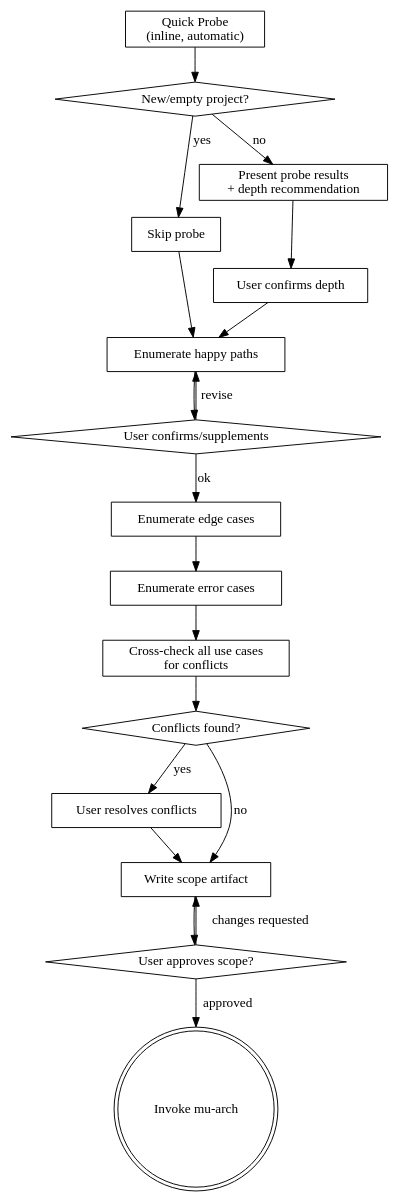
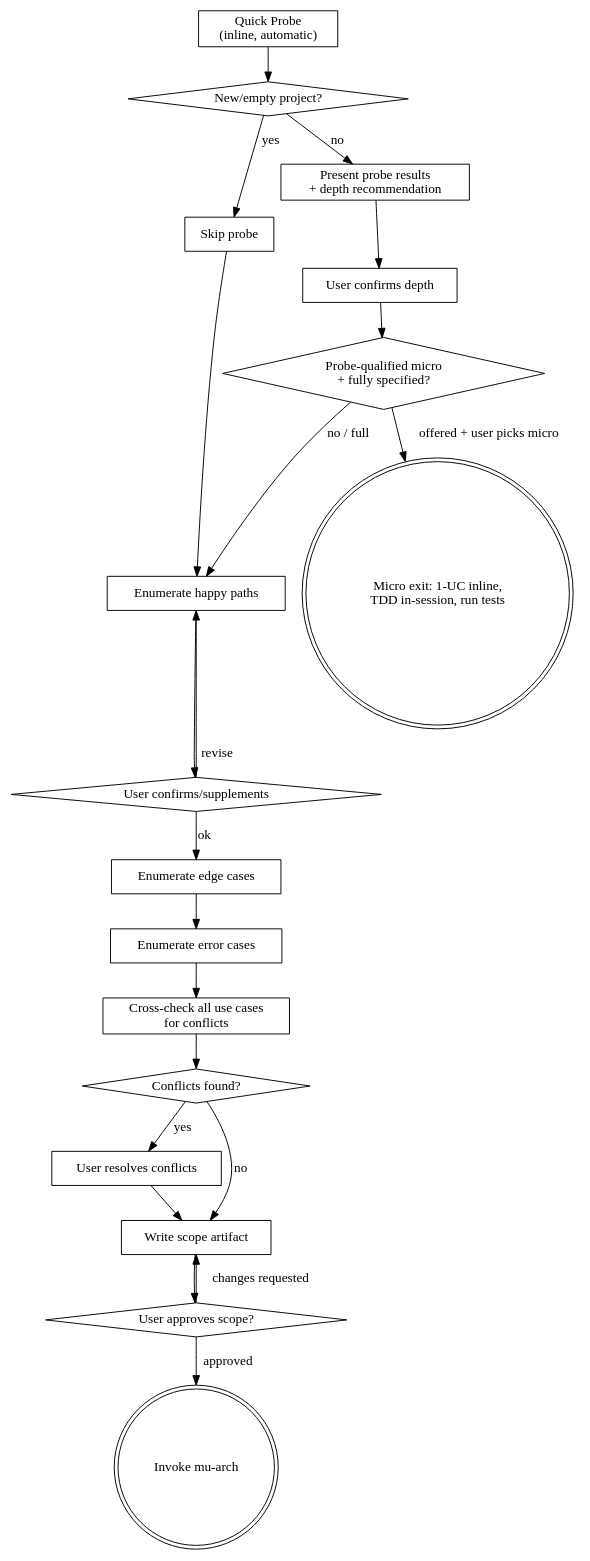
One commit to knotmark-ai/devmuse changed the diagram in skills/mu-scope/SKILL.md. Above: the diagram before and after it, drawn with Graphviz. The commit also changed other lines of this file, not shown here.

````diff
--- a/skills/mu-scope/SKILL.md
+++ b/skills/mu-scope/SKILL.md
@@ -33,38 +33,42 @@
 ```dot
 digraph mu_scope {
     "Quick Probe\n(inline, automatic)" [shape=box];
     "New/empty project?" [shape=diamond];
     "Skip probe" [shape=box];
     "Present probe results\n+ depth recommendation" [shape=box];
     "User confirms depth" [shape=box];
     "Enumerate happy paths" [shape=box];
     "User confirms/supplements" [shape=diamond];
     "Enumerate edge cases" [shape=box];
     "Enumerate error cases" [shape=box];
     "Cross-check all use cases\nfor conflicts" [shape=box];
     "Conflicts found?" [shape=diamond];
     "User resolves conflicts" [shape=box];
     "Write scope artifact" [shape=box];
     "User approves scope?" [shape=diamond];
     "Invoke mu-arch" [shape=doublecircle];
 
     "Quick Probe\n(inline, automatic)" -> "New/empty project?";
     "New/empty project?" -> "Skip probe" [label="yes"];
     "New/empty project?" -> "Present probe results\n+ depth recommendation" [label="no"];
     "Skip probe" -> "Enumerate happy paths";
     "Present probe results\n+ depth recommendation" -> "User confirms depth";
-    "User confirms depth" -> "Enumerate happy paths";
+    "User confirms depth" -> "Probe-qualified micro\n+ fully specified?" ;
+    "Probe-qualified micro\n+ fully specified?" [shape=diamond];
+    "Micro exit: 1-UC inline,\nTDD in-session, run tests" [shape=doublecircle];
+    "Probe-qualified micro\n+ fully specified?" -> "Micro exit: 1-UC inline,\nTDD in-session, run tests" [label="offered + user picks micro"];
+    "Probe-qualified micro\n+ fully specified?" -> "Enumerate happy paths" [label="no / full"];
     "Enumerate happy paths" -> "User confirms/supplements";
     "User confirms/supplements" -> "Enumerate edge cases" [label="ok"];
     "User confirms/supplements" -> "Enumerate happy paths" [label="revise"];
     "Enumerate edge cases" -> "Enumerate error cases";
     "Enumerate error cases" -> "Cross-check all use cases\nfor conflicts";
     "Cross-check all use cases\nfor conflicts" -> "Conflicts found?";
     "Conflicts found?" -> "User resolves conflicts" [label="yes"];
     "Conflicts found?" -> "Write scope artifact" [label="no"];
     "User resolves conflicts" -> "Write scope artifact";
     "Write scope artifact" -> "User approves scope?";
     "User approves scope?" -> "Write scope artifact" [label="changes requested"];
     "User approves scope?" -> "Invoke mu-arch" [label="approved"];
 }
 ```
````
